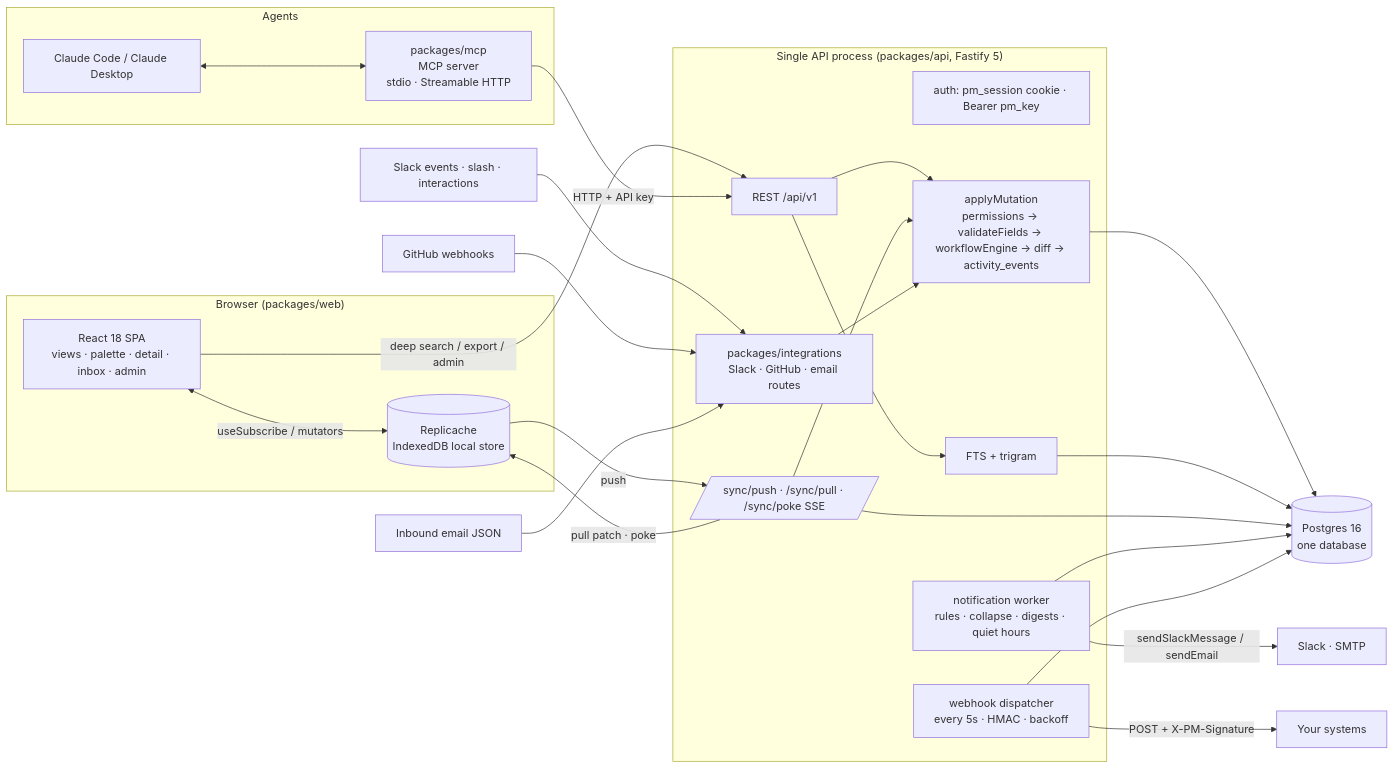
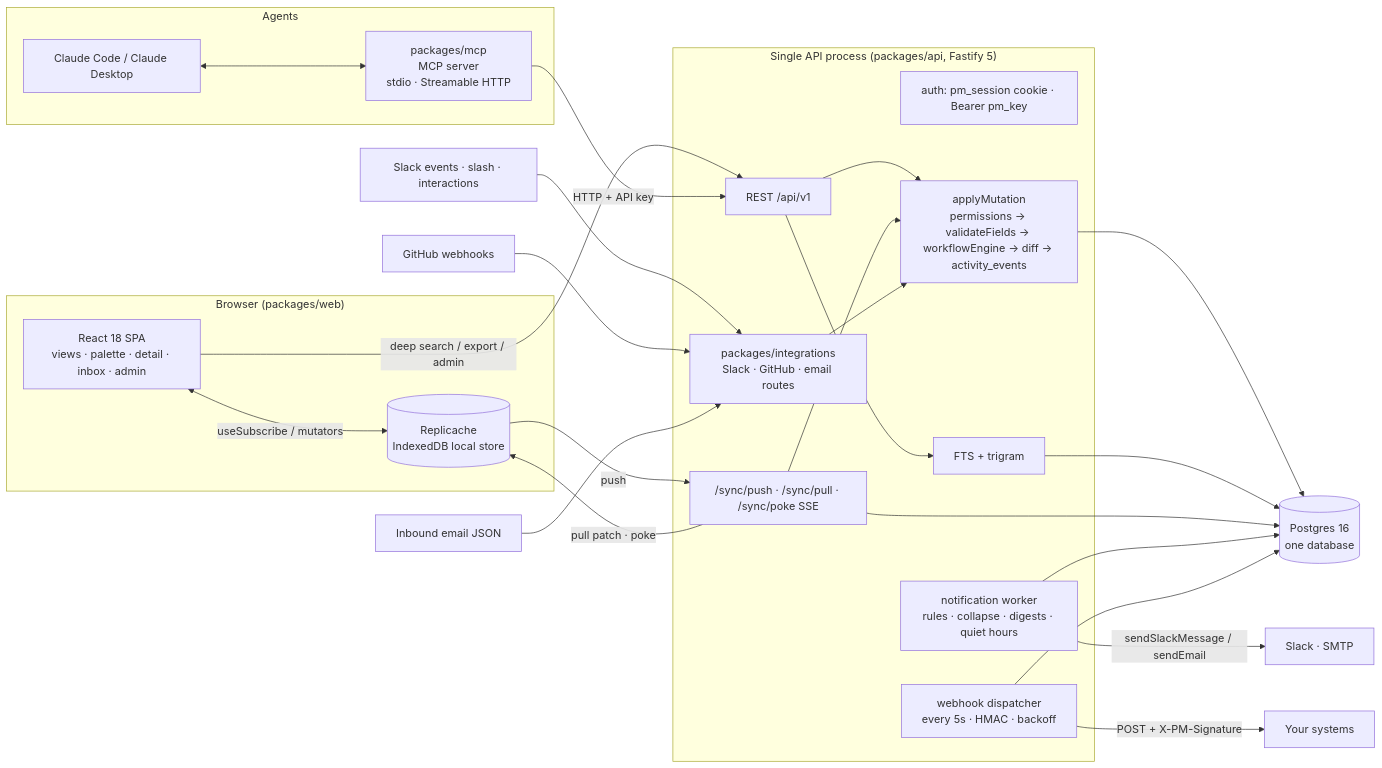
The first of 3 diagrams in docs/02-design.md (jamjorf/pm-tool), drawn with Mermaid before and after one commit. The commit also changed other lines of this file and 1 other file, not shown here.

````diff
--- a/docs/02-design.md
+++ b/docs/02-design.md
@@ -11,45 +11,45 @@
 ```mermaid
 flowchart LR
     subgraph Browser["Browser (packages/web)"]
         UI[React 18 SPA<br/>views · palette · detail · inbox · admin]
         RC[(Replicache<br/>IndexedDB local store)]
         UI <-->|useSubscribe / mutators| RC
     end
 
     subgraph Agents
         CC[Claude Code / Claude Desktop]
         MCP[packages/mcp<br/>MCP server<br/>stdio · Streamable HTTP]
         CC <--> MCP
     end
 
     subgraph Server["Single API process (packages/api, Fastify 5)"]
-        AUTH[auth: pm_session cookie · Bearer pm_key]
-        REST[REST /api/v1]
-        SYNC[/sync/push · /sync/pull · /sync/poke SSE/]
+        AUTH["auth: pm_session cookie · Bearer pm_key"]
+        REST["REST /api/v1"]
+        SYNC["/sync/push · /sync/pull · /sync/poke SSE"]
         MUT[applyMutation<br/>permissions → validateFields → workflowEngine → diff → activity_events]
         NOTIF[notification worker<br/>rules · collapse · digests · quiet hours]
         WH[webhook dispatcher<br/>every 5s · HMAC · backoff]
         INT[packages/integrations<br/>Slack · GitHub · email routes]
         SEARCH[FTS + trigram]
     end
 
     PG[(Postgres 16<br/>one database)]
 
     RC -->|push| SYNC
     SYNC -->|pull patch · poke| RC
     UI -->|deep search / export / admin| REST
     MCP -->|HTTP + API key| REST
     REST --> MUT
     SYNC --> MUT
     INT --> MUT
     MUT --> PG
     REST --> SEARCH --> PG
     SYNC --> PG
     NOTIF --> PG
     WH --> PG
     WH -->|POST + X-PM-Signature| EXT[Your systems]
     NOTIF -->|sendSlackMessage / sendEmail| SL[Slack · SMTP]
     SLK[Slack events · slash · interactions] --> INT
     GH[GitHub webhooks] --> INT
     EM[Inbound email JSON] --> INT
 ```
````
